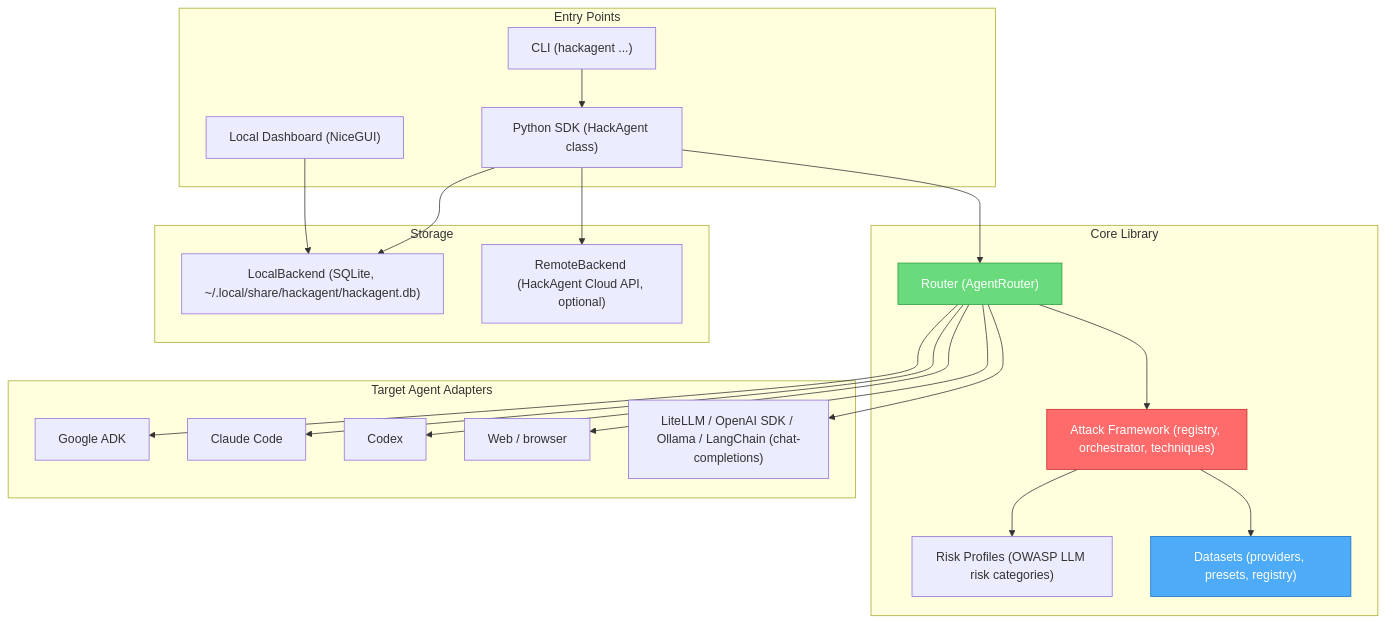
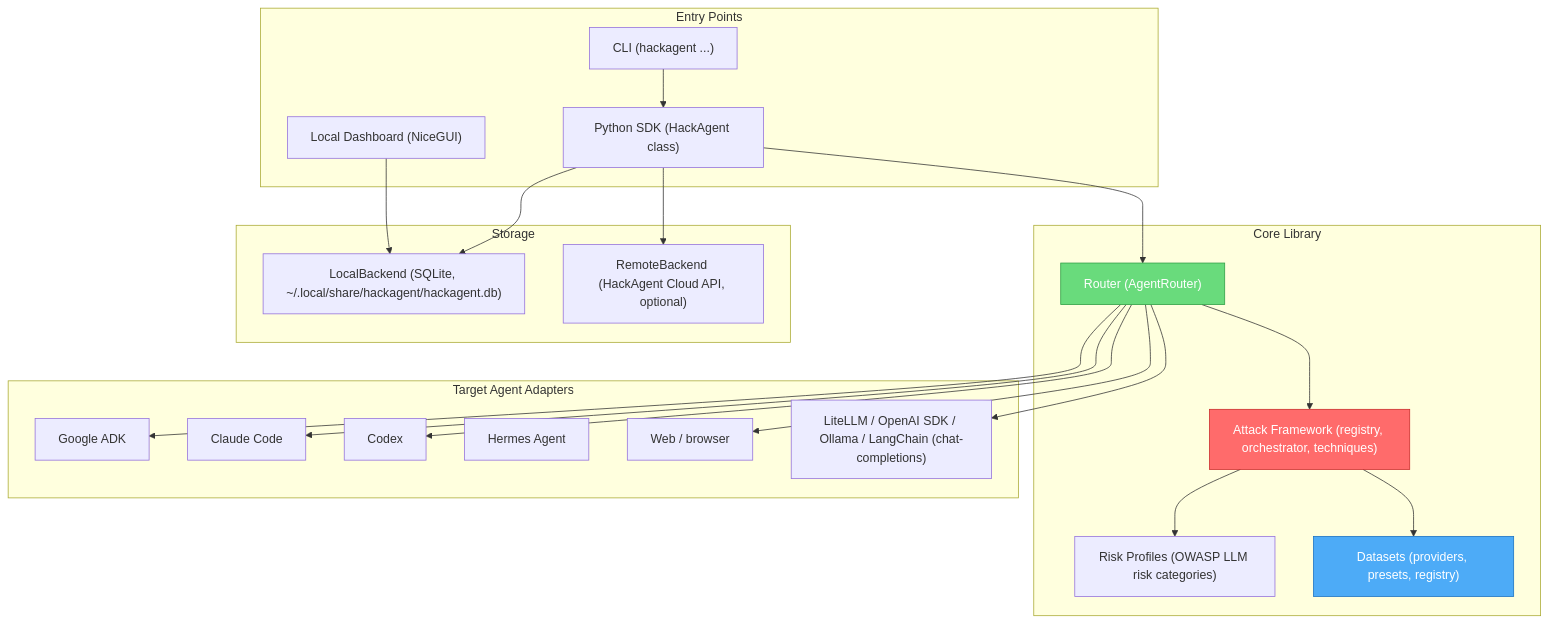
Before and after one commit to AISecurityLab/hackagent: the first of 2 diagrams in docs/docs/architecture/system-overview.mdx, drawn with Mermaid. The commit also changed other lines of this file and 6 other files, not shown here.

First line of the commit message:
📝 docs: document the Hermes agent provider

````diff
--- a/docs/docs/architecture/system-overview.mdx
+++ b/docs/docs/architecture/system-overview.mdx
@@ -11,49 +11,50 @@
 ```mermaid
 graph TB
     subgraph "Entry Points"
         SDK["Python SDK (HackAgent class)"]
         CLI["CLI (hackagent ...)"]
         DASH["Local Dashboard (NiceGUI)"]
     end
 
     subgraph "Core Library"
         ROUTER["Router (AgentRouter)"]
         ATTACKS["Attack Framework (registry, orchestrator, techniques)"]
         RISKS["Risk Profiles (OWASP LLM risk categories)"]
         DATASETS["Datasets (providers, presets, registry)"]
     end
 
     subgraph "Storage"
         LOCAL["LocalBackend (SQLite, ~/.local/share/hackagent/hackagent.db)"]
         REMOTE["RemoteBackend (HackAgent Cloud API, optional)"]
     end
 
     subgraph "Target Agent Adapters"
         ADK["Google ADK"]
         CLAUDE["Claude Code"]
         CODEX["Codex"]
+        HERMES["Hermes Agent"]
         WEBP["Web / browser"]
         CHAT["LiteLLM / OpenAI SDK / Ollama / LangChain (chat-completions)"]
     end
 
     SDK --> ROUTER
     CLI --> SDK
     DASH --> LOCAL
 
     ROUTER --> ATTACKS
     ATTACKS --> RISKS
     ATTACKS --> DATASETS
 
     ROUTER --> ADK
     ROUTER --> CLAUDE
     ROUTER --> CODEX
     ROUTER --> WEBP
     ROUTER --> CHAT
 
     SDK --> LOCAL
     SDK --> REMOTE
 
     style ATTACKS fill:#ff6b6b,stroke:#c92a2a,color:#fff
     style DATASETS fill:#4dabf7,stroke:#1971c2,color:#fff
     style ROUTER fill:#69db7c,stroke:#2f9e44,color:#fff
 ```
````
